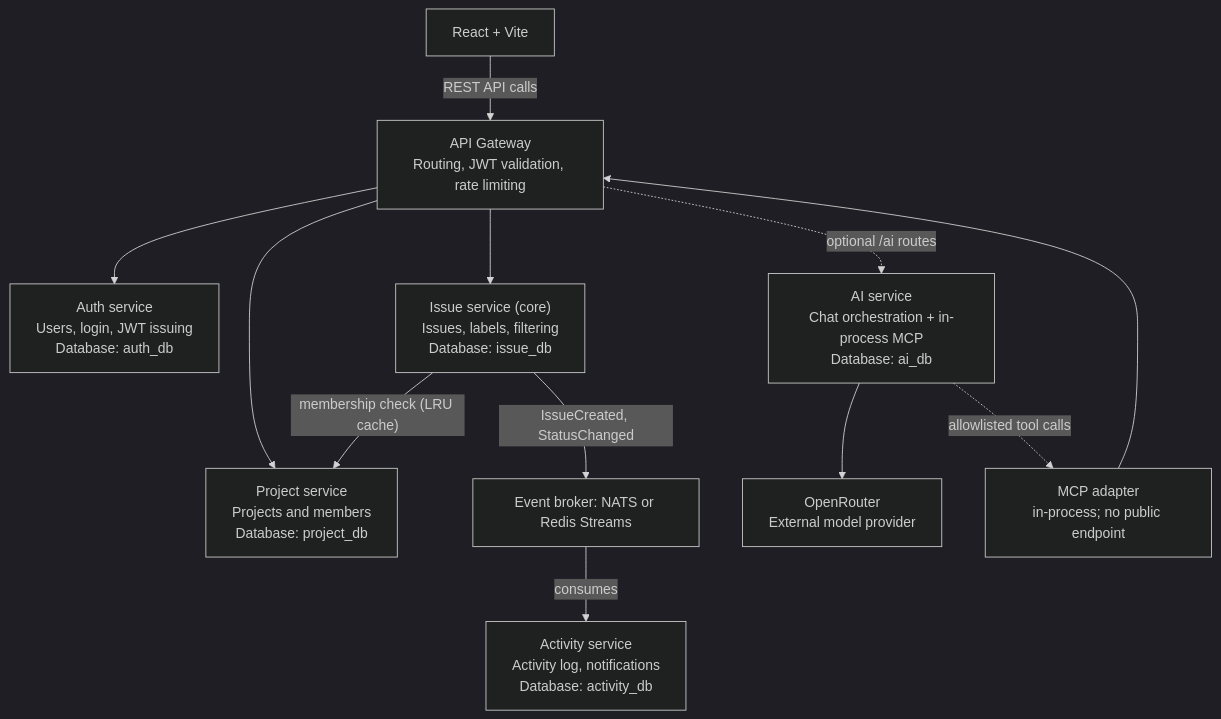
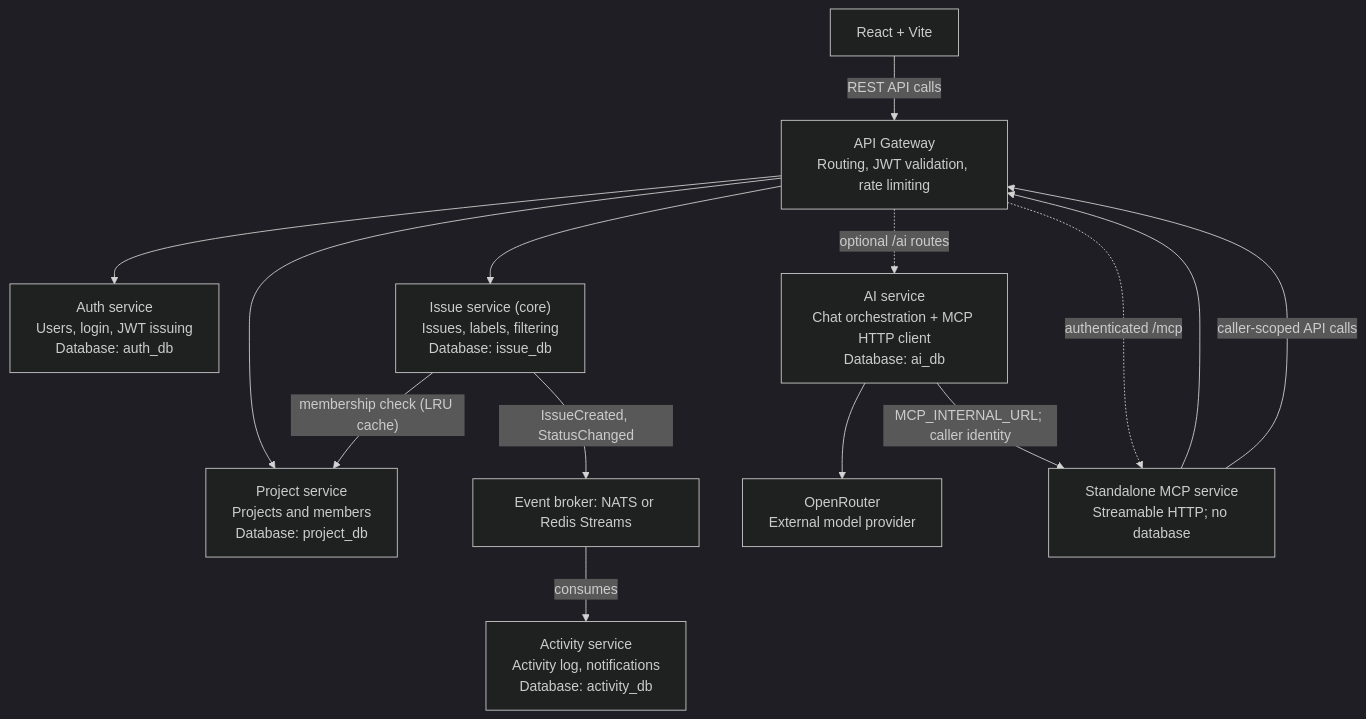
Before and after one commit to adil-mubarak/Trackline: the second of 4 diagrams in Trackline.md, drawn with Mermaid (dark theme). The commit also changed other lines of this file and 24 other files, not shown here.

First line of the commit message:
feat: Implement MCP service with identity transport and tool handling (#12)

````diff
--- a/Trackline.md
+++ b/Trackline.md
@@ -25,14 +25,16 @@
 ```mermaid
 flowchart TD
     R["React + Vite"] -- "REST API calls" --> GW["API Gateway<br/>Routing, JWT validation, rate limiting"]
     GW --> AUTH["Auth service<br/>Users, login, JWT issuing<br/>Database: auth_db"]
     GW --> PROJ["Project service<br/>Projects and members<br/>Database: project_db"]
     GW --> ISS["Issue service (core)<br/>Issues, labels, filtering<br/>Database: issue_db"]
     ISS -- "membership check (LRU cache)" --> PROJ
     ISS -- "IssueCreated, StatusChanged" --> BR["Event broker: NATS or Redis Streams"]
     BR -- "consumes" --> ACT["Activity service<br/>Activity log, notifications<br/>Database: activity_db"]
-    GW -. "optional /ai routes" .-> AI["AI service<br/>Chat orchestration + in-process MCP<br/>Database: ai_db"]
+    GW -. "optional /ai routes" .-> AI["AI service<br/>Chat orchestration + MCP HTTP client<br/>Database: ai_db"]
+    GW -. "authenticated /mcp" .-> STANDALONE["Standalone MCP service<br/>Streamable HTTP; no database"]
+    STANDALONE --> GW
     AI --> OR["OpenRouter<br/>External model provider"]
-    AI -. "allowlisted tool calls" .-> MCP["MCP adapter<br/>in-process; no public endpoint"]
-    MCP --> GW
+    AI -- "MCP_INTERNAL_URL; caller identity" --> STANDALONE
+    STANDALONE -- "caller-scoped API calls" --> GW
 ```
````
